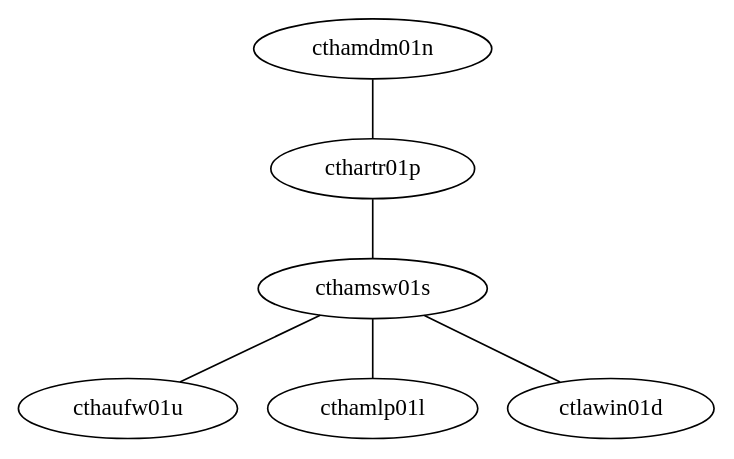
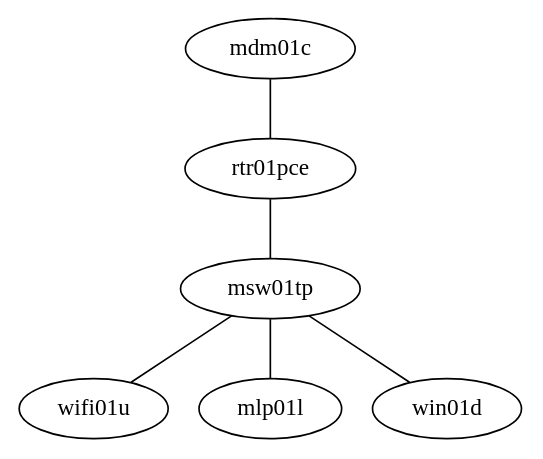
One commit to jrddunbr/sysconfig changed the diagram in ctha/network.dot. Above: the diagram before and after it, drawn with Graphviz. The commit also changed 24 other files, not shown here.

```diff
--- a/ctha/network.dot
+++ b/ctha/network.dot
@@ -1,14 +1,14 @@
 graph {
-    cthamdm01n
-    cthartr01p
-    cthamsw01s
-    cthaufw01u
-    cthamlp01l
-    ctlawin01d
+    mdm01c
+    rtr01pce
+    msw01tp
+    wifi01u
+    mlp01l
+    win01d
 
-    cthamdm01n -- cthartr01p
-    cthartr01p -- cthamsw01s
-    cthamsw01s -- cthaufw01u
-    cthamsw01s -- cthamlp01l
-    cthamsw01s -- ctlawin01d
+    mdm01c -- rtr01pce
+    rtr01pce -- msw01tp
+    msw01tp -- wifi01u
+    msw01tp -- mlp01l
+    msw01tp -- win01d
 }
```
